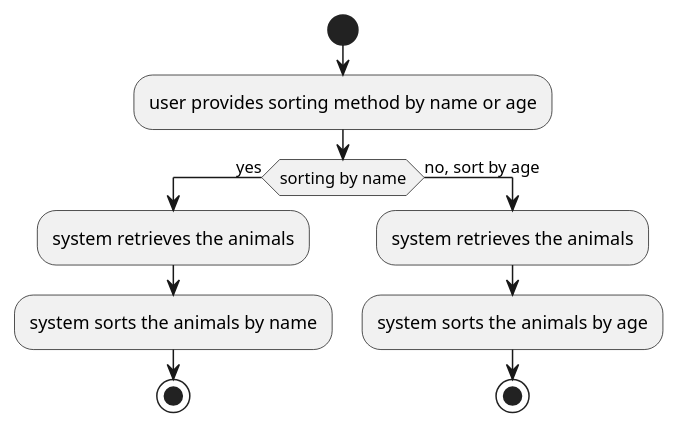
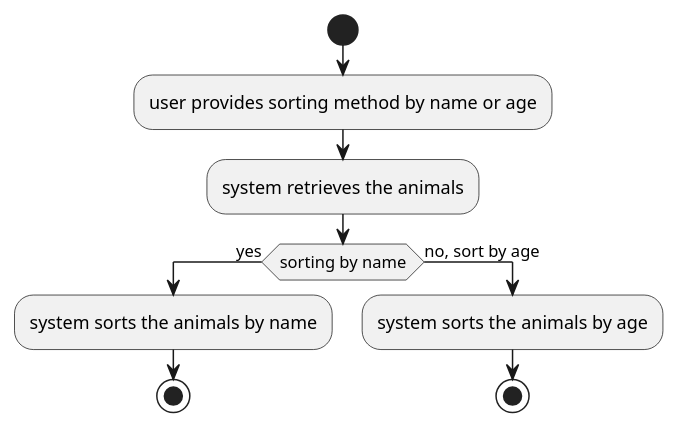
Before and after one commit to intec-cmanuel/java_september_2023_analysis: the diagram in analysis/flowchart_sortanimals.puml, drawn with PlantUML. The commit also changed 8 other files, not shown here.

```diff
--- a/analysis/flowchart_sortanimals.puml
+++ b/analysis/flowchart_sortanimals.puml
@@ -1,18 +1,17 @@
 @startuml
 
 start
 
 :user provides sorting method by name or age;
+:system retrieves the animals;
 
 if (sorting by name) then (yes)
-    :system retrieves the animals;
     :system sorts the animals by name;
     stop;
 else (no, sort by age)
-        :system retrieves the animals;
-        :system sorts the animals by age;
-        stop;
+    :system sorts the animals by age;
+    stop;
 
 
 
 @enduml
```
